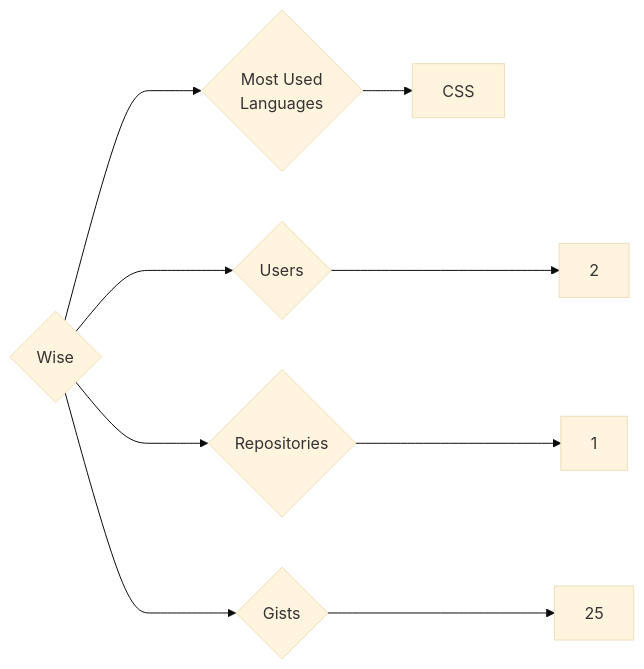
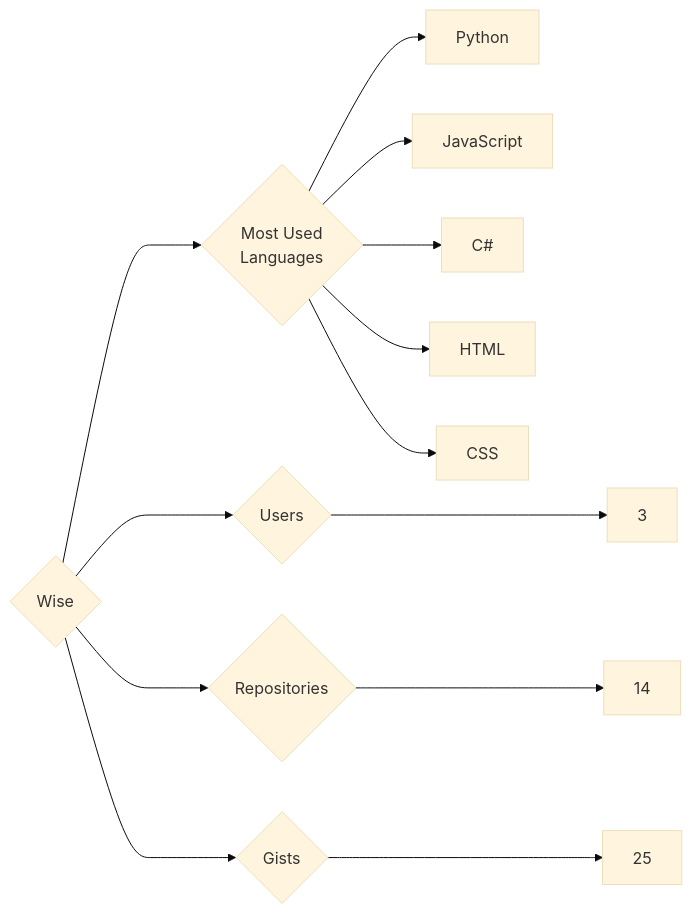
One commit to trickest/insiders changed the diagram in targets/Wise/README.md. Above: the diagram before and after it, drawn with Mermaid (base theme). The commit also changed 823 other files, not shown here.

````diff
--- a/targets/Wise/README.md
+++ b/targets/Wise/README.md
@@ -3,9 +3,13 @@
 ```mermaid
 graph LR
 COMPANY_NAME{Wise}
-COMPANY_NAME ---> U{Users} ---> UN[2]
-COMPANY_NAME ---> R{Repositories} ---> RN[1]
+COMPANY_NAME ---> U{Users} ---> UN[3]
+COMPANY_NAME ---> R{Repositories} ---> RN[14]
 COMPANY_NAME ---> G{Gists} ---> GN[25]
 COMPANY_NAME ---> ML{Most Used<br>Languages}
+ML --> Python[Python]
+ML --> JavaScript[JavaScript]
+ML --> C#[C#]
+ML --> HTML[HTML]
 ML --> CSS[CSS]
 ```
````
